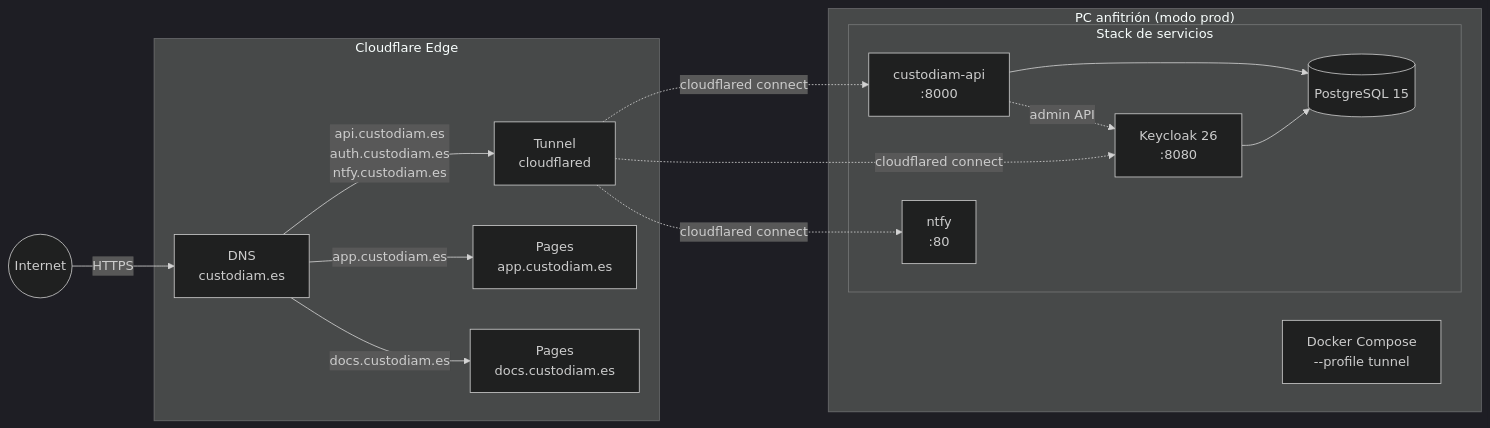
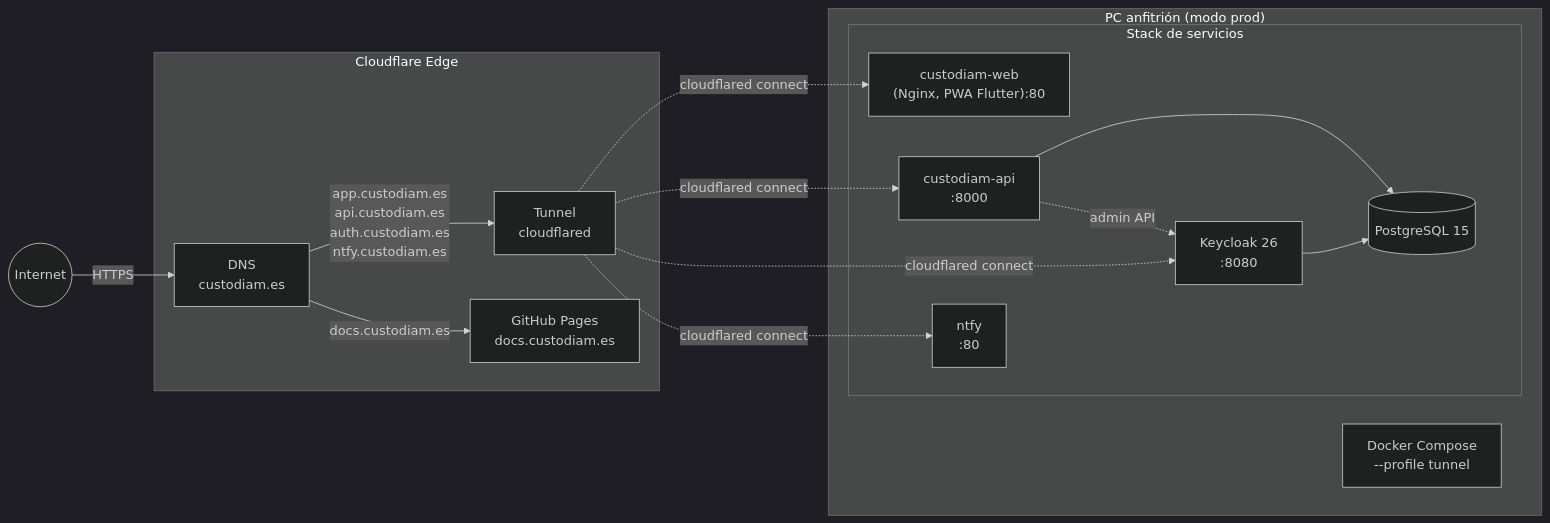
The first of 5 diagrams in docs/arquitectura/diagramas.md (custodiam/custodiam-book), drawn with Mermaid (dark theme) before and after one commit. The commit also changed 15 other files, not shown here.

````diff
--- a/docs/arquitectura/diagramas.md
+++ b/docs/arquitectura/diagramas.md
@@ -13,34 +13,34 @@
 ```mermaid
 flowchart LR
     Internet((Internet))
 
     subgraph CF["Cloudflare Edge"]
         DNS["DNS<br/>custodiam.es"]
         Tunnel["Tunnel<br/>cloudflared"]
-        Pages["Pages<br/>app.custodiam.es"]
-        BookPages["Pages<br/>docs.custodiam.es"]
+        BookPages["GitHub Pages<br/>docs.custodiam.es"]
     end
 
     subgraph Host["PC anfitrión (modo prod)"]
         Compose["Docker Compose<br/>--profile tunnel"]
         subgraph Stack["Stack de servicios"]
+            Web_Container["custodiam-web<br/>(Nginx, PWA Flutter):80"]
             API_Container["custodiam-api<br/>:8000"]
             KC_Container["Keycloak 26<br/>:8080"]
             DB_Container[("PostgreSQL 15")]
             NTFY_Container["ntfy<br/>:80"]
         end
     end
 
     Internet -->|HTTPS| DNS
-    DNS -->|api.custodiam.es<br/>auth.custodiam.es<br/>ntfy.custodiam.es| Tunnel
-    DNS -->|app.custodiam.es| Pages
+    DNS -->|app.custodiam.es<br/>api.custodiam.es<br/>auth.custodiam.es<br/>ntfy.custodiam.es| Tunnel
     DNS -->|docs.custodiam.es| BookPages
 
+    Tunnel -.cloudflared connect.-> Web_Container
     Tunnel -.cloudflared connect.-> API_Container
     Tunnel -.cloudflared connect.-> KC_Container
     Tunnel -.cloudflared connect.-> NTFY_Container
 
     API_Container --> DB_Container
     KC_Container --> DB_Container
     API_Container -.admin API.-> KC_Container
 ```
````
